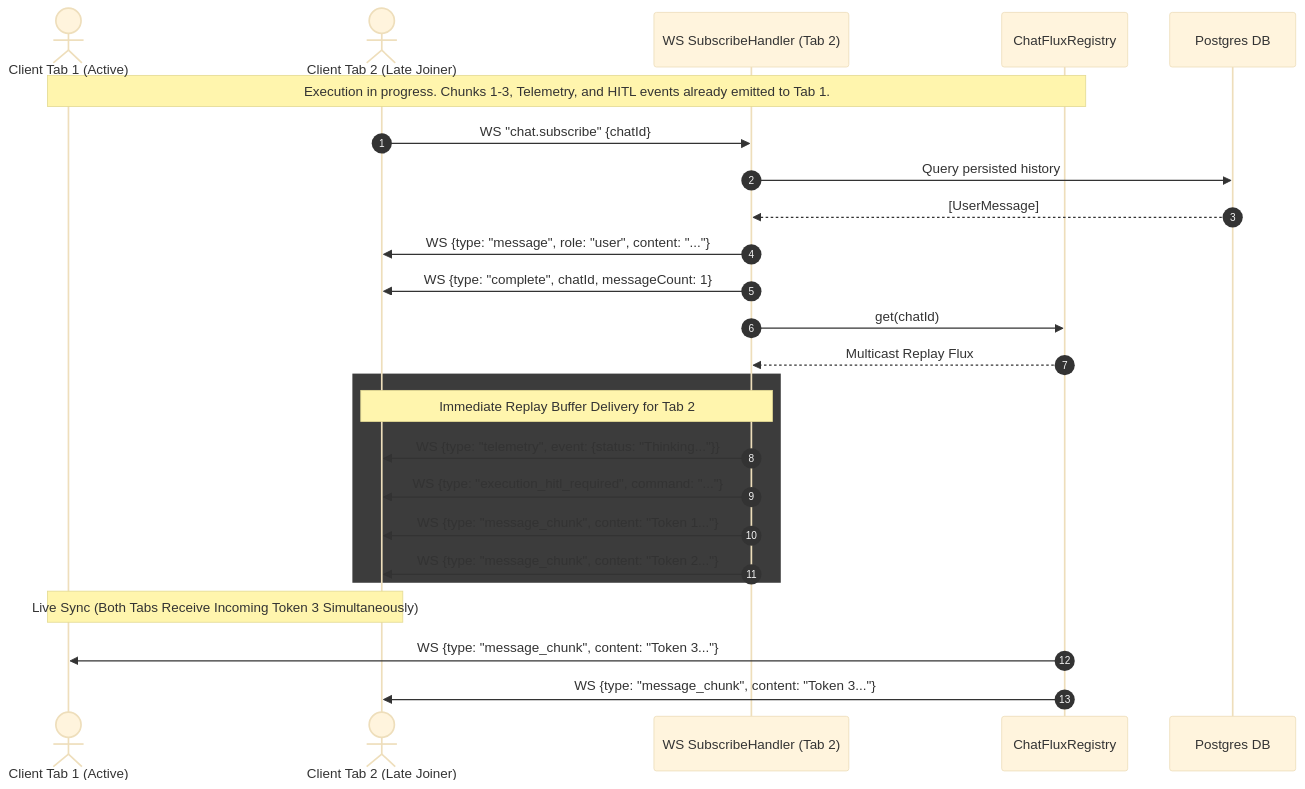
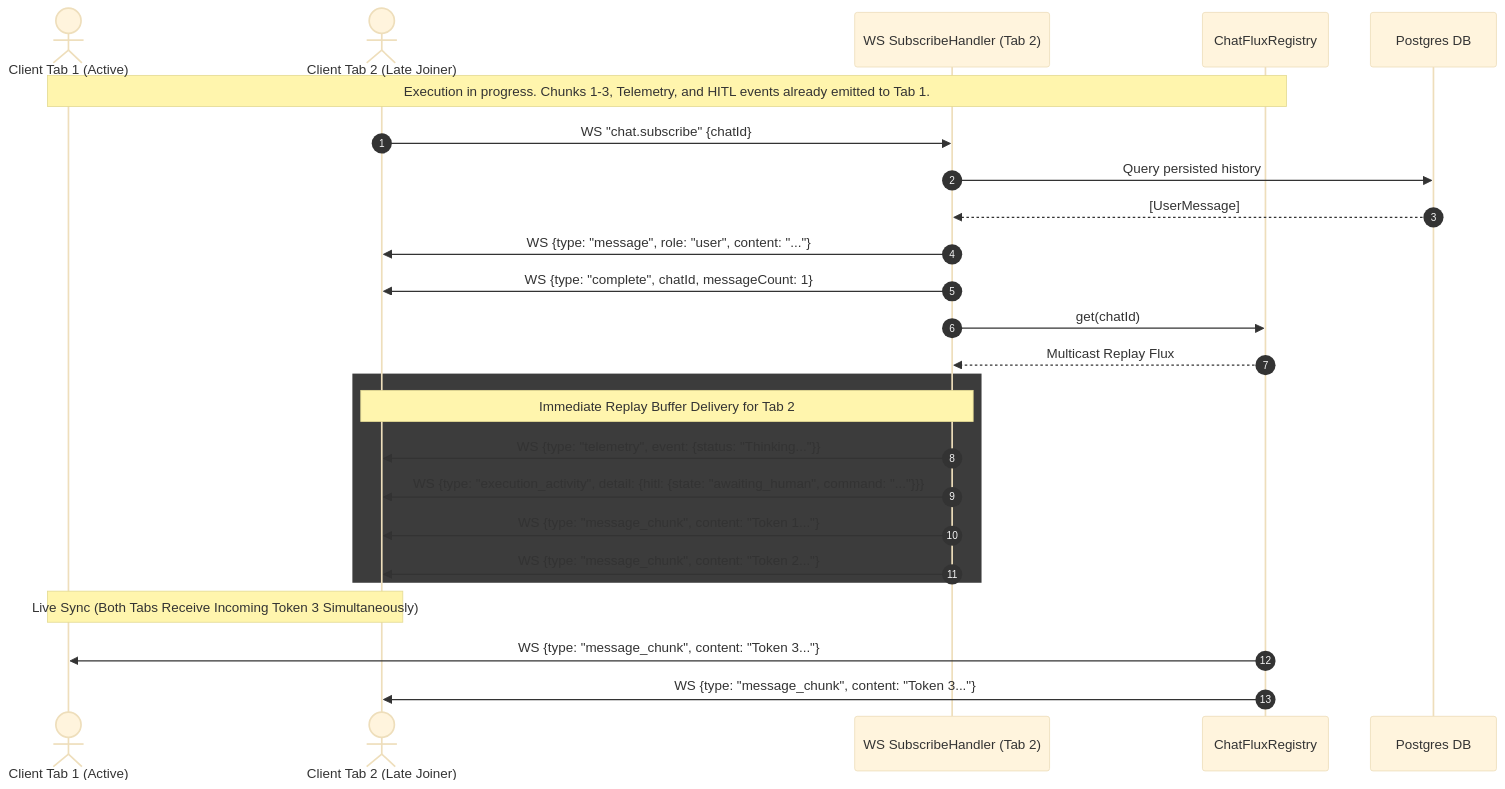
One commit to kratisai/kratis changed the second of 2 diagrams in docs/knowledge/chat-interaction-design.md. Above: the diagram before and after it, drawn with Mermaid (base theme). The commit also changed other lines of this file and 74 other files, not shown here.

````diff
--- a/docs/knowledge/chat-interaction-design.md
+++ b/docs/knowledge/chat-interaction-design.md
@@ -135,32 +133,32 @@
 ```mermaid
 sequenceDiagram
     autonumber
     actor Tab1 as Client Tab 1 (Active)
     actor Tab2 as Client Tab 2 (Late Joiner)
     participant WS2 as WS SubscribeHandler (Tab 2)
     participant Reg as ChatFluxRegistry
     participant DB as Postgres DB
 
     Note over Tab1,Reg: Execution in progress. Chunks 1-3, Telemetry, and HITL events already emitted to Tab 1.
 
     Tab2->>WS2: WS "chat.subscribe" {chatId}
     WS2->>DB: Query persisted history
     DB-->>WS2: [UserMessage]
     WS2->>Tab2: WS {type: "message", role: "user", content: "..."}
     WS2->>Tab2: WS {type: "complete", chatId, messageCount: 1}
 
     WS2->>Reg: get(chatId)
     Reg-->>WS2: Multicast Replay Flux
 
     rect rgb(60, 60, 60)
         Note over WS2,Tab2: Immediate Replay Buffer Delivery for Tab 2
         WS2->>Tab2: WS {type: "telemetry", event: {status: "Thinking..."}}
-        WS2->>Tab2: WS {type: "execution_hitl_required", command: "..."}
+        WS2->>Tab2: WS {type: "execution_activity", detail: {hitl: {state: "awaiting_human", command: "..."}}}
         WS2->>Tab2: WS {type: "message_chunk", content: "Token 1..."}
         WS2->>Tab2: WS {type: "message_chunk", content: "Token 2..."}
     end
 
     Note over Tab1,Tab2: Live Sync (Both Tabs Receive Incoming Token 3 Simultaneously)
     Reg->>Tab1: WS {type: "message_chunk", content: "Token 3..."}
     Reg->>Tab2: WS {type: "message_chunk", content: "Token 3..."}
 ```
````
